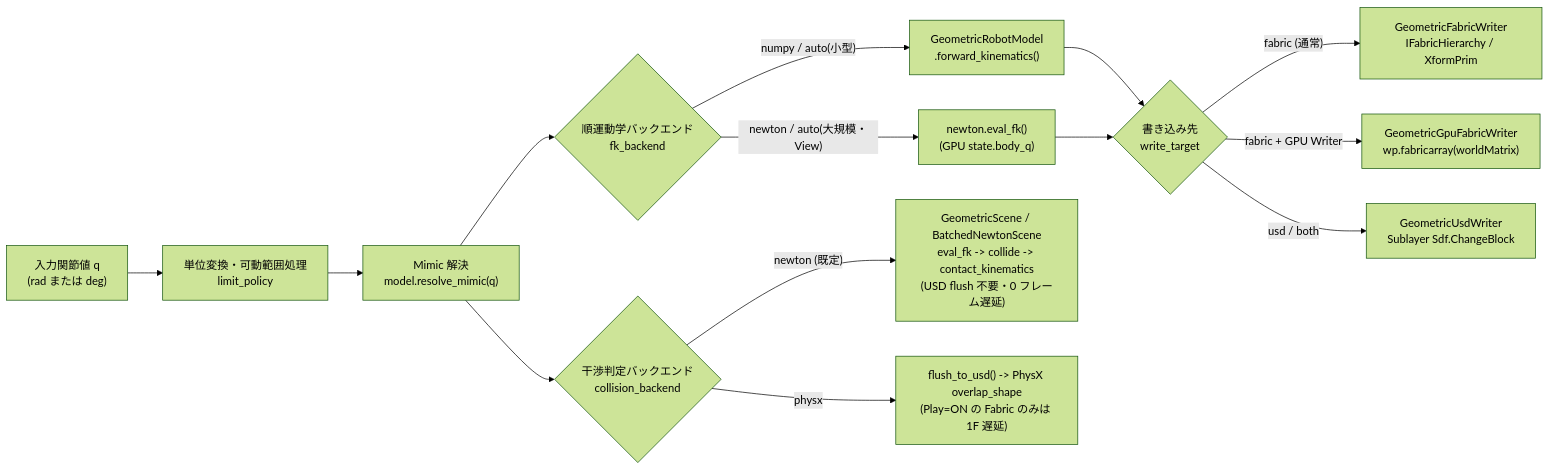
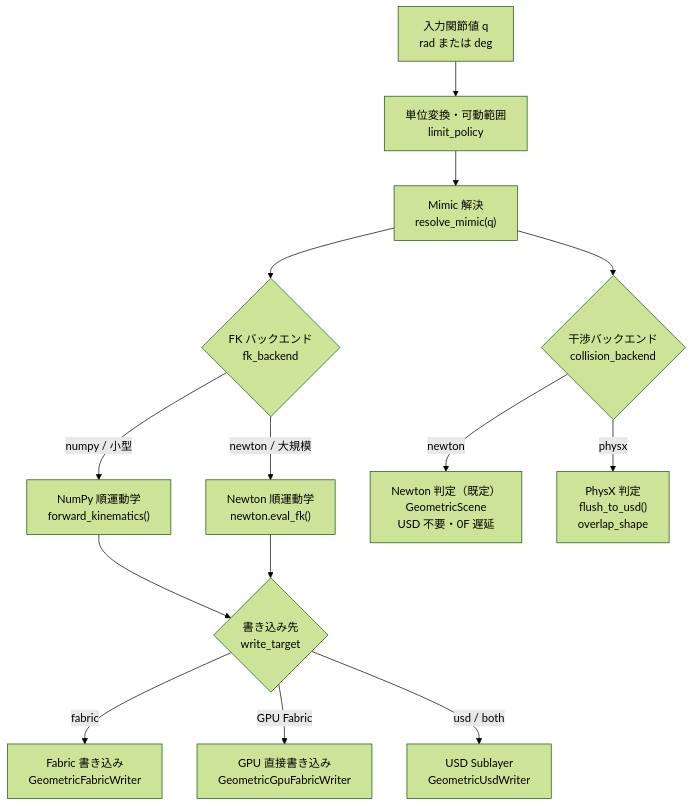
One commit to Koji-Morimoto/LearnSim changed the second of 2 diagrams in Extentions/myext.robot.geometric_newton/docs/explanation_architecture.md. Above: the diagram before and after it, drawn with Mermaid (forest theme). The commit also changed other lines of this file and 20 other files, not shown here.

Commit message:
myext.robot.geometric_newton: fix multi_arm usd_reader, add collider sublayer ON/OFF, multi-pose ignore_touching_pairs, 1-pass demo, 6 self-contained demos, and Mermaid fixes

````diff
--- a/Extentions/myext.robot.geometric_newton/docs/explanation_architecture.md
+++ b/Extentions/myext.robot.geometric_newton/docs/explanation_architecture.md
@@ -71,18 +71,27 @@
 ```mermaid
-flowchart LR
-    Q["入力関節値 q\n(rad または deg)"] --> Unit["単位変換・可動範囲処理\nlimit_policy"]
-    Unit --> Mimic["Mimic 解決\nmodel.resolve_mimic(q)"]
-    Mimic --> FK{"順運動学バックエンド\nfk_backend"}
-    FK -- "numpy / auto(小型)" --> NumPyFK["GeometricRobotModel\n.forward_kinematics()"]
-    FK -- "newton / auto(大規模・View)" --> NewtonFK["newton.eval_fk()\n(GPU state.body_q)"]
+flowchart TD
+    Q["入力関節値 q<br/>rad または deg　"]
+    Unit["単位変換・可動範囲<br/>limit_policy　"]
+    Mimic["Mimic 解決<br/>resolve_mimic(q)　"]
+    FK{"FK バックエンド<br/>fk_backend　"}
+    NumPyFK["NumPy 順運動学<br/>forward_kinematics()"]
+    NewtonFK["Newton 順運動学<br/>newton.eval_fk()"]
+    Writer{"書き込み先<br/>write_target　"}
+    FabW["Fabric 書き込み<br/>GeometricFabricWriter"]
+    GpuFabW["GPU 直接書き込み<br/>GeometricGpuFabricWriter"]
+    UsdW["USD Sublayer<br/>GeometricUsdWriter"]
+    Col{"干渉バックエンド<br/>collision_backend　"}
+    NScene["Newton 判定（既定）<br/>GeometricScene<br/>USD 不要・0F 遅延　"]
+    PCheck["PhysX 判定<br/>flush_to_usd()<br/>overlap_shape　"]
 
-    NumPyFK --> Writer{"書き込み先\nwrite_target"}
-    NewtonFK --> Writer
-    Writer -- "fabric (通常)" --> FabW["GeometricFabricWriter\nIFabricHierarchy / XformPrim"]
-    Writer -- "fabric + GPU Writer" --> GpuFabW["GeometricGpuFabricWriter\nwp.fabricarray(worldMatrix)"]
-    Writer -- "usd / both" --> UsdW["GeometricUsdWriter\nSublayer Sdf.ChangeBlock"]
-
-    Mimic --> Col{"干渉判定バックエンド\ncollision_backend"}
-    Col -- "newton (既定)" --> NScene["GeometricScene / BatchedNewtonScene\neval_fk -> collide -> contact_kinematics\n(USD flush 不要・0 フレーム遅延)"]
-    Col -- "physx" --> PCheck["flush_to_usd() -> PhysX overlap_shape\n(Play=ON の Fabric のみは 1F 遅延)"]
+    Q --> Unit --> Mimic
+    Mimic --> FK
+    Mimic --> Col
+    FK -- "numpy / 小型　" --> NumPyFK --> Writer
+    FK -- "newton / 大規模　" --> NewtonFK --> Writer
+    Writer -- "fabric　" --> FabW
+    Writer -- "GPU Fabric　" --> GpuFabW
+    Writer -- "usd / both　" --> UsdW
+    Col -- "newton　" --> NScene
+    Col -- "physx　" --> PCheck
 ```
````
